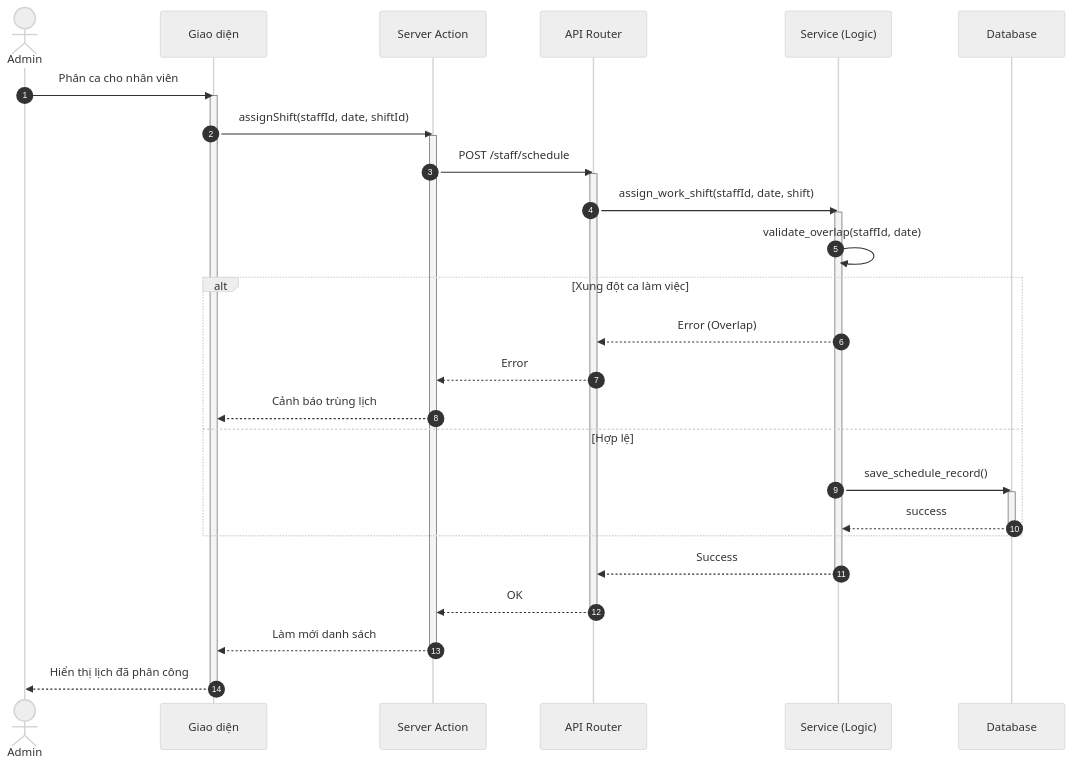
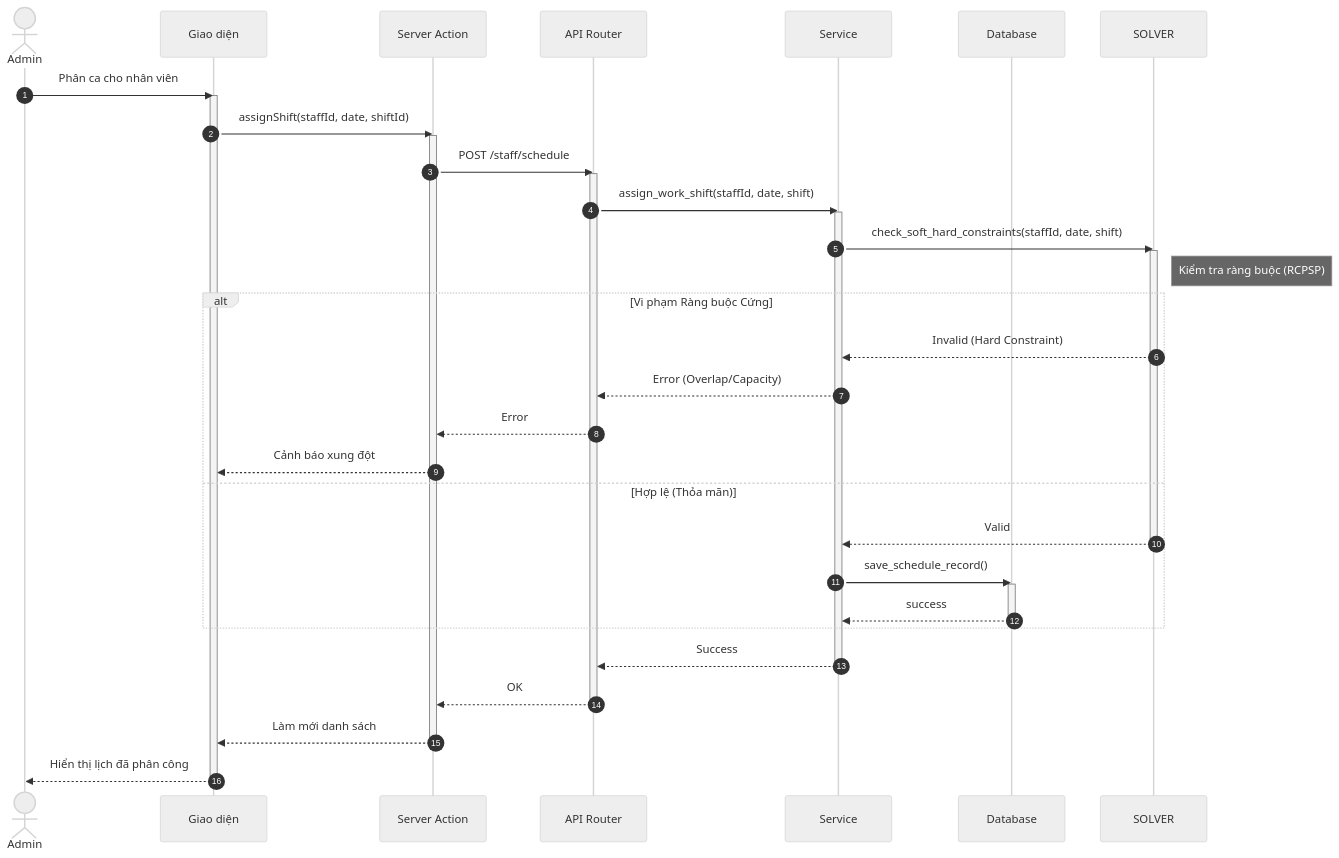
One commit to ngoctinn/Synapse changed the third of 4 diagrams in docs/design/sequences/admin_flows.md. Above: the diagram before and after it, drawn with Mermaid (neutral theme). The commit also changed other lines of this file and 4 other files, not shown here.

Commit message:
docs: Add initial sequence diagrams for authentication, admin, customer, receptionist, and technician flows.

````diff
--- a/docs/design/sequences/admin_flows.md
+++ b/docs/design/sequences/admin_flows.md
@@ -112,46 +113,51 @@
 ```mermaid
 sequenceDiagram
     autonumber
     actor AD as Admin
     participant UI as Giao diện
     participant BFF as Server Action
     participant API as API Router
-    participant S as Service (Logic)
+    participant S as Service
     participant DB as Database
 
     AD->>UI: Phân ca cho nhân viên
     activate UI
     UI->>BFF: assignShift(staffId, date, shiftId)
     activate BFF
 
     BFF->>API: POST /staff/schedule
     activate API
 
     API->>S: assign_work_shift(staffId, date, shift)
     activate S
 
-    S->>S: validate_overlap(staffId, date)
+    S->>SOLVER: check_soft_hard_constraints(staffId, date, shift)
+    activate SOLVER
+    note right of SOLVER: Kiểm tra ràng buộc (RCPSP)
 
-    alt Xung đột ca làm việc
-        S-->>API: Error (Overlap)
+    alt Vi phạm Ràng buộc Cứng
+        SOLVER-->>S: Invalid (Hard Constraint)
+        S-->>API: Error (Overlap/Capacity)
         API-->>BFF: Error
-        BFF-->>UI: Cảnh báo trùng lịch
-    else Hợp lệ
+        BFF-->>UI: Cảnh báo xung đột
+    else Hợp lệ (Thỏa mãn)
+        SOLVER-->>S: Valid
+        deactivate SOLVER
         S->>DB: save_schedule_record()
         activate DB
         DB-->>S: success
         deactivate DB
     end
 
     S-->>API: Success
     deactivate S
 
     API-->>BFF: OK
     deactivate API
 
     BFF-->>UI: Làm mới danh sách
     deactivate BFF
 
     UI-->>AD: Hiển thị lịch đã phân công
     deactivate UI
 ```
````
